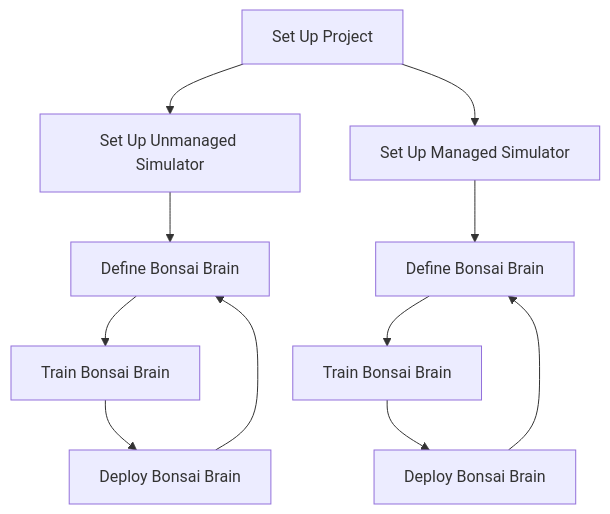
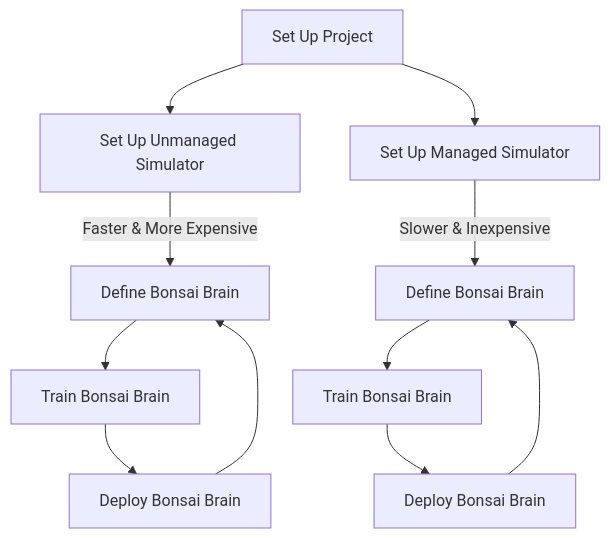
The diagram in samples/turtlebot3_bonsai/README.md (microsoft/ROS-bonsai-connector), drawn with Mermaid before and after one commit. The commit also changed other lines of this file, not shown here.

````diff
--- a/samples/turtlebot3_bonsai/README.md
+++ b/samples/turtlebot3_bonsai/README.md
@@ -6,16 +6,16 @@
 ```mermaid
 flowchart TD
     A[Set Up Project]-->B[Set Up Unmanaged Simulator]
     A-->C[Set Up Managed Simulator]
 
 
-    C-->C1[Define Bonsai Brain]
+    C--Slower & Inexpensive-->C1[Define Bonsai Brain]
     C1-->C2[Train Bonsai Brain]
     C2-->C3[Deploy Bonsai Brain]
     C3-->C1
 
-    B-->B1[Define Bonsai Brain]
+    B--Faster & More Expensive-->B1[Define Bonsai Brain]
     B1-->B2[Train Bonsai Brain]
     B2-->B3[Deploy Bonsai Brain]
     B3-->B1
 ```
````
